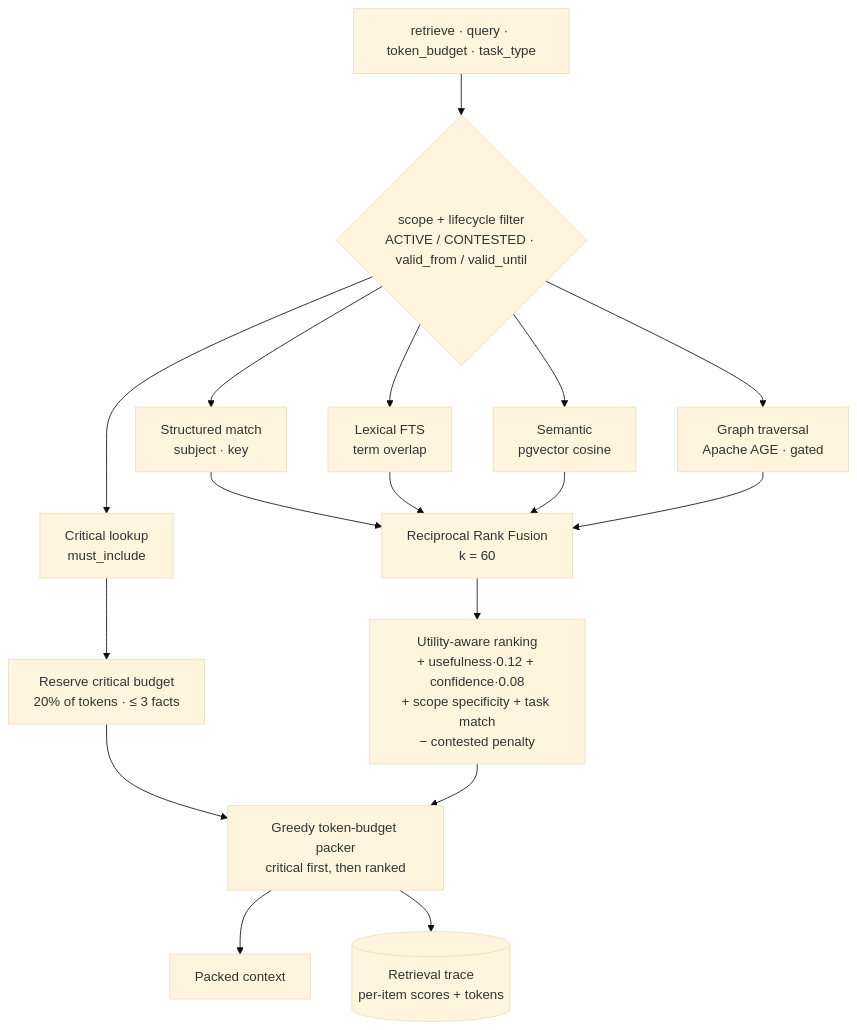
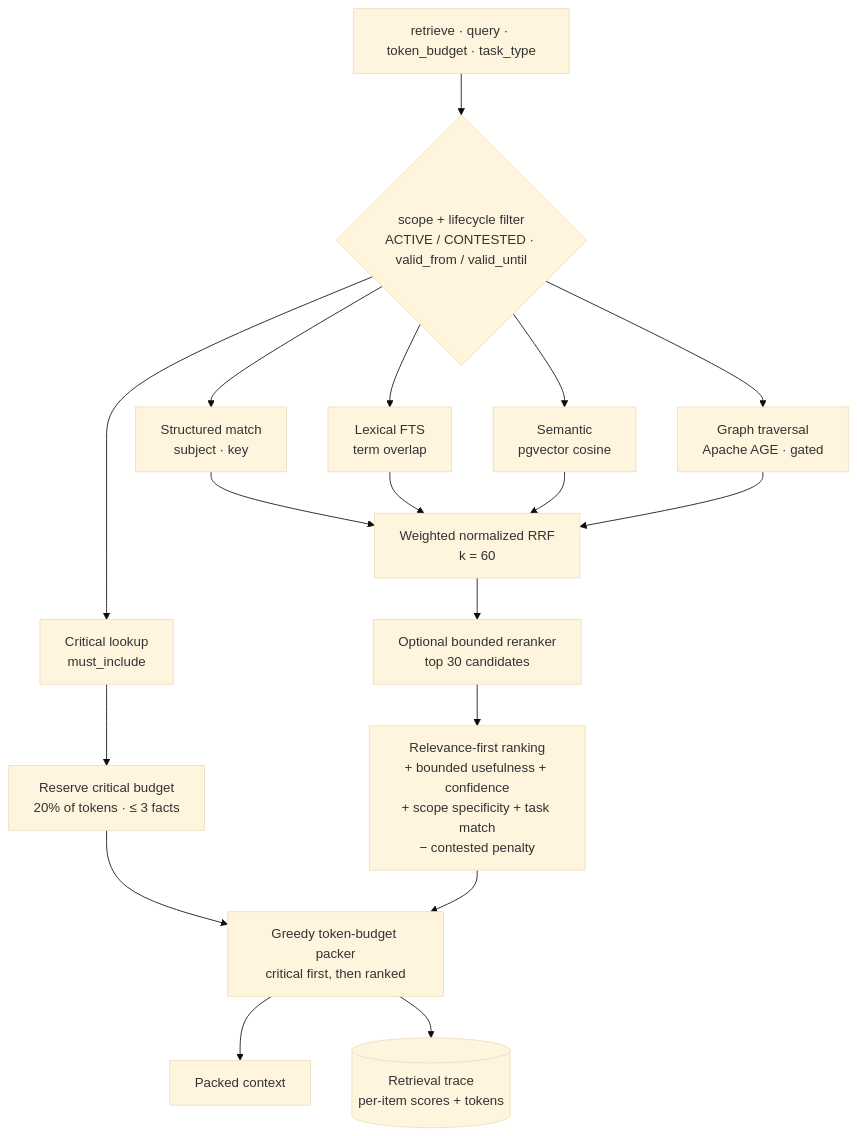
One commit to Meriem-BM/memrise changed the second of 4 diagrams in README.md. Above: the diagram before and after it, drawn with Mermaid (base theme). The commit also changed other lines of this file, not shown here.

Commit message:
docs: update retrieval architecture with weighted RRF and reranker

````diff
--- a/README.md
+++ b/README.md
@@ -143,18 +143,19 @@
 ```mermaid
 flowchart TB
   Q[retrieve · query · token_budget · task_type] --> F{scope + lifecycle filter<br/>ACTIVE / CONTESTED · valid_from / valid_until}
   F --> C1[Critical lookup<br/>must_include]
   F --> C2[Structured match<br/>subject · key]
   F --> C3[Lexical FTS<br/>term overlap]
   F --> C4[Semantic<br/>pgvector cosine]
   F --> C5[Graph traversal<br/>Apache AGE · gated]
 
-  C2 & C3 & C4 & C5 --> RRF[Reciprocal Rank Fusion<br/>k = 60]
-  RRF --> RANK[Utility-aware ranking<br/>+ usefulness·0.12 + confidence·0.08<br/>+ scope specificity + task match<br/>− contested penalty]
+  C2 & C3 & C4 & C5 --> RRF[Weighted normalized RRF<br/>k = 60]
+  RRF --> RR[Optional bounded reranker<br/>top 30 candidates]
+  RR --> RANK[Relevance-first ranking<br/>+ bounded usefulness + confidence<br/>+ scope specificity + task match<br/>− contested penalty]
 
   C1 --> RES[Reserve critical budget<br/>20% of tokens · ≤ 3 facts]
   RES --> PACK
   RANK --> PACK[Greedy token-budget packer<br/>critical first, then ranked]
   PACK --> CTX[Packed context]
   PACK --> TRACE[(Retrieval trace<br/>per-item scores + tokens)]
 ```
````
